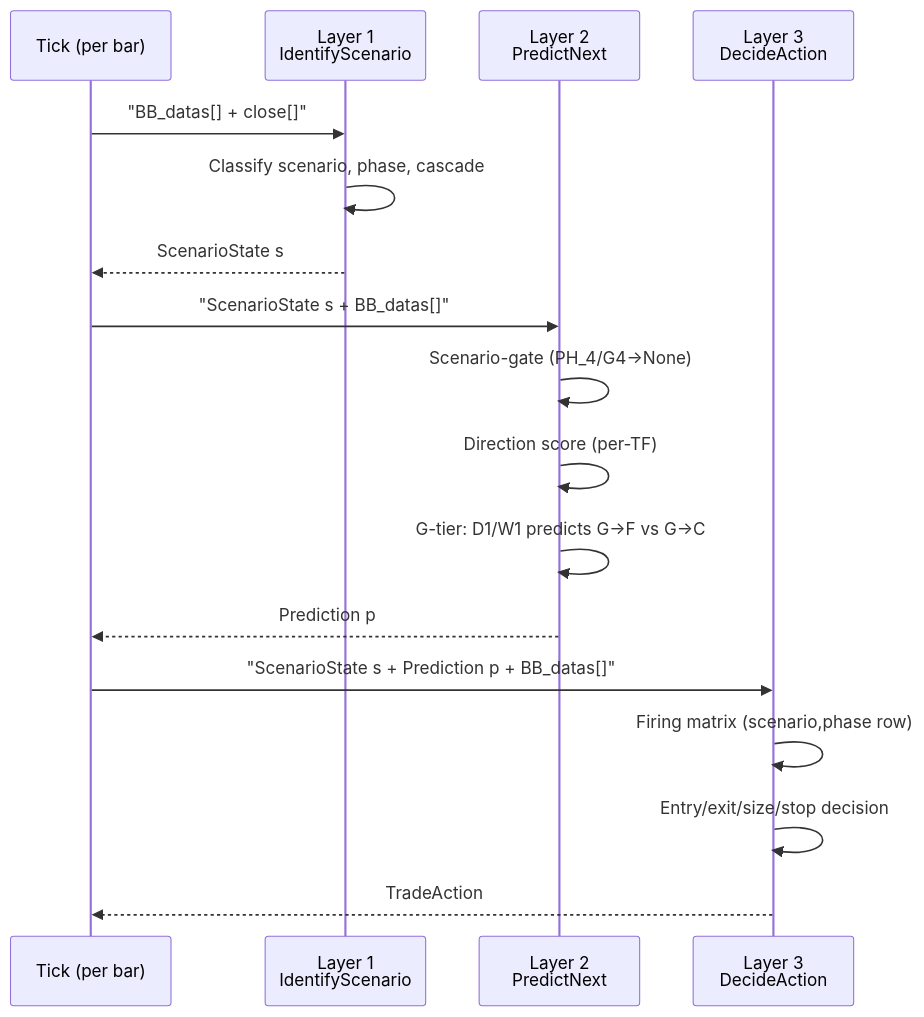
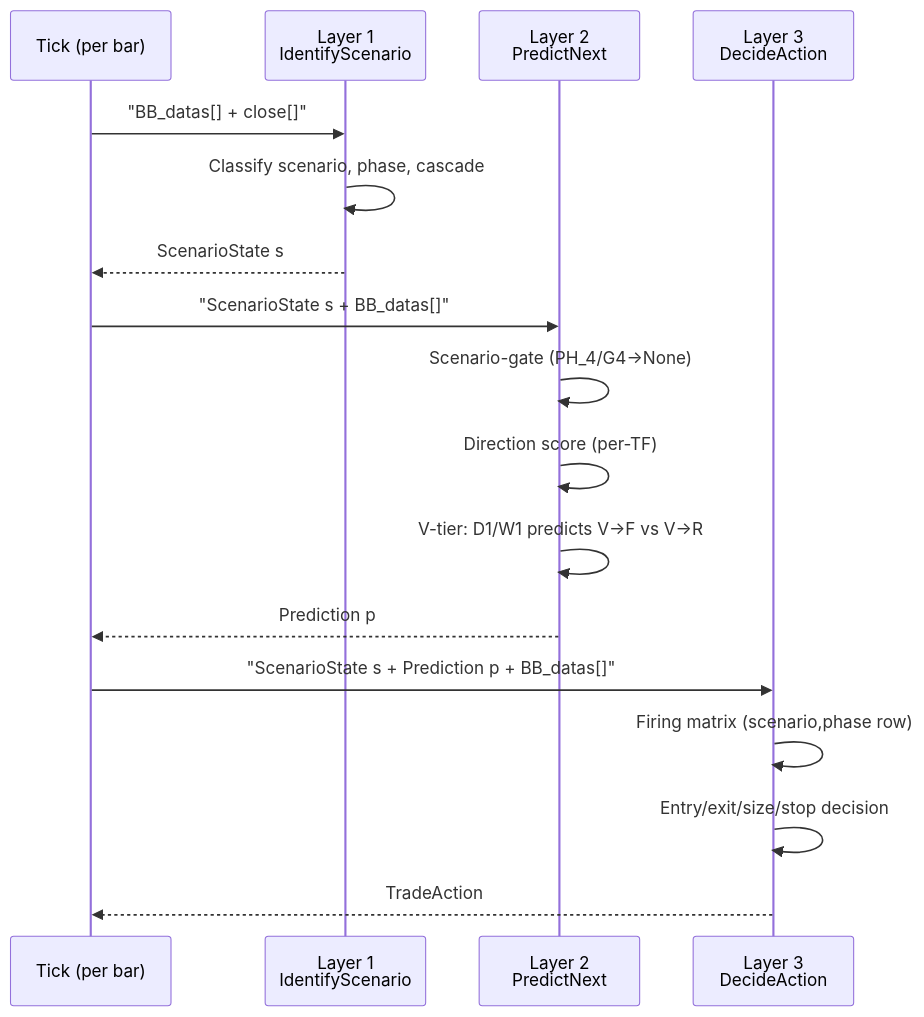
One commit to Terrypang89/BB_MTF_M15_STRATEGY changed the tenth of 19 diagrams in references/ARCHITECTURE.md. Above: the diagram before and after it, drawn with Mermaid. The commit also changed other lines of this file and 12 other files, not shown here.

````diff
--- a/references/ARCHITECTURE.md
+++ b/references/ARCHITECTURE.md
@@ -654,22 +654,22 @@
 ```mermaid
 sequenceDiagram
     participant Tick as Tick (per bar)
     participant L1 as Layer 1<br/>IdentifyScenario
     participant L2 as Layer 2<br/>PredictNext
     participant L3 as Layer 3<br/>DecideAction
 
     Tick->>L1: "BB_datas[] + close[]"
     L1->>L1: Classify scenario, phase, cascade
     L1-->>Tick: ScenarioState s
 
     Tick->>L2: "ScenarioState s + BB_datas[]"
     L2->>L2: Scenario-gate (PH_4/G4→None)
     L2->>L2: Direction score (per-TF)
-    L2->>L2: G-tier: D1/W1 predicts G→F vs G→C
+    L2->>L2: V-tier: D1/W1 predicts V→F vs V→R
     L2-->>Tick: Prediction p
 
     Tick->>L3: "ScenarioState s + Prediction p + BB_datas[]"
     L3->>L3: Firing matrix (scenario,phase row)
     L3->>L3: Entry/exit/size/stop decision
     L3-->>Tick: TradeAction
 ```
````
